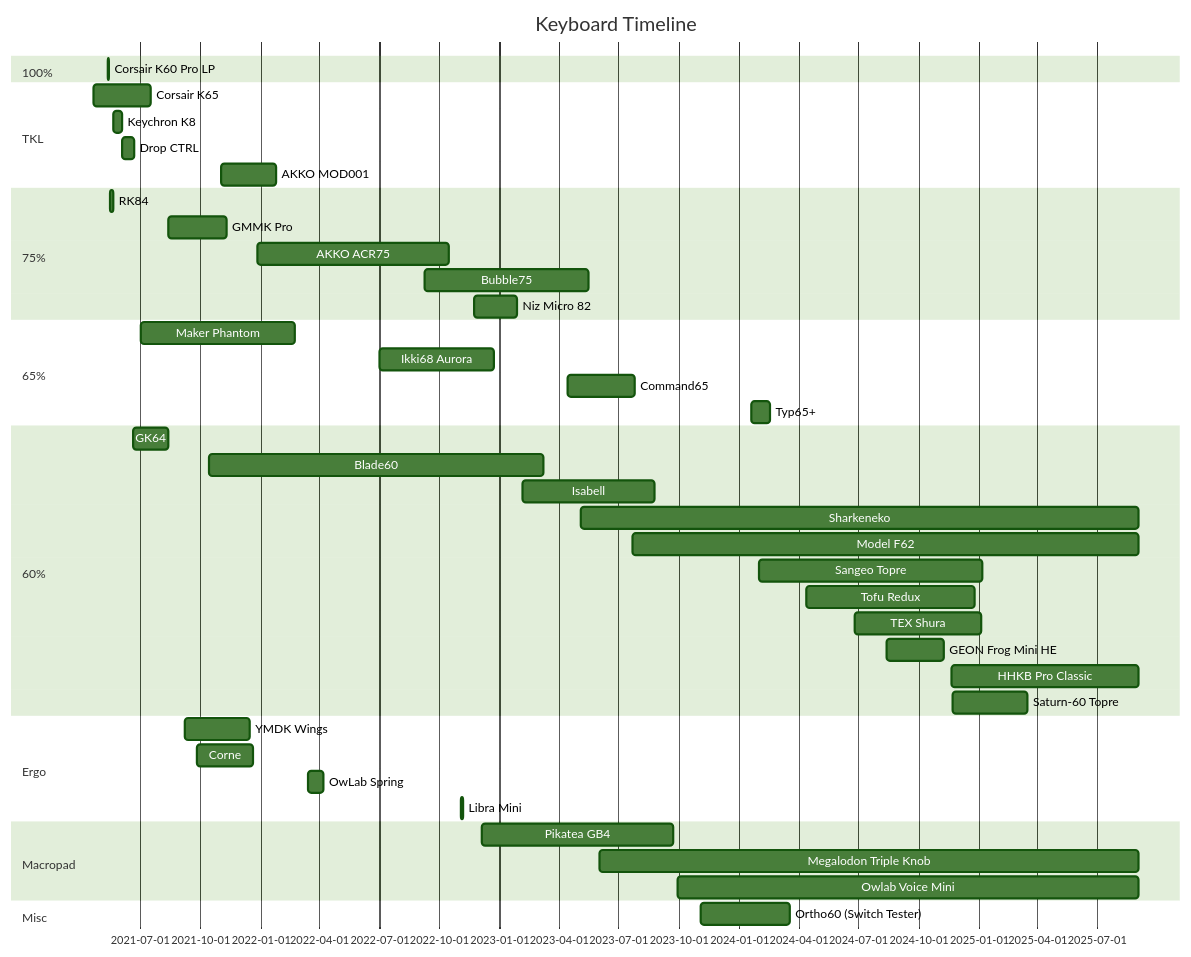
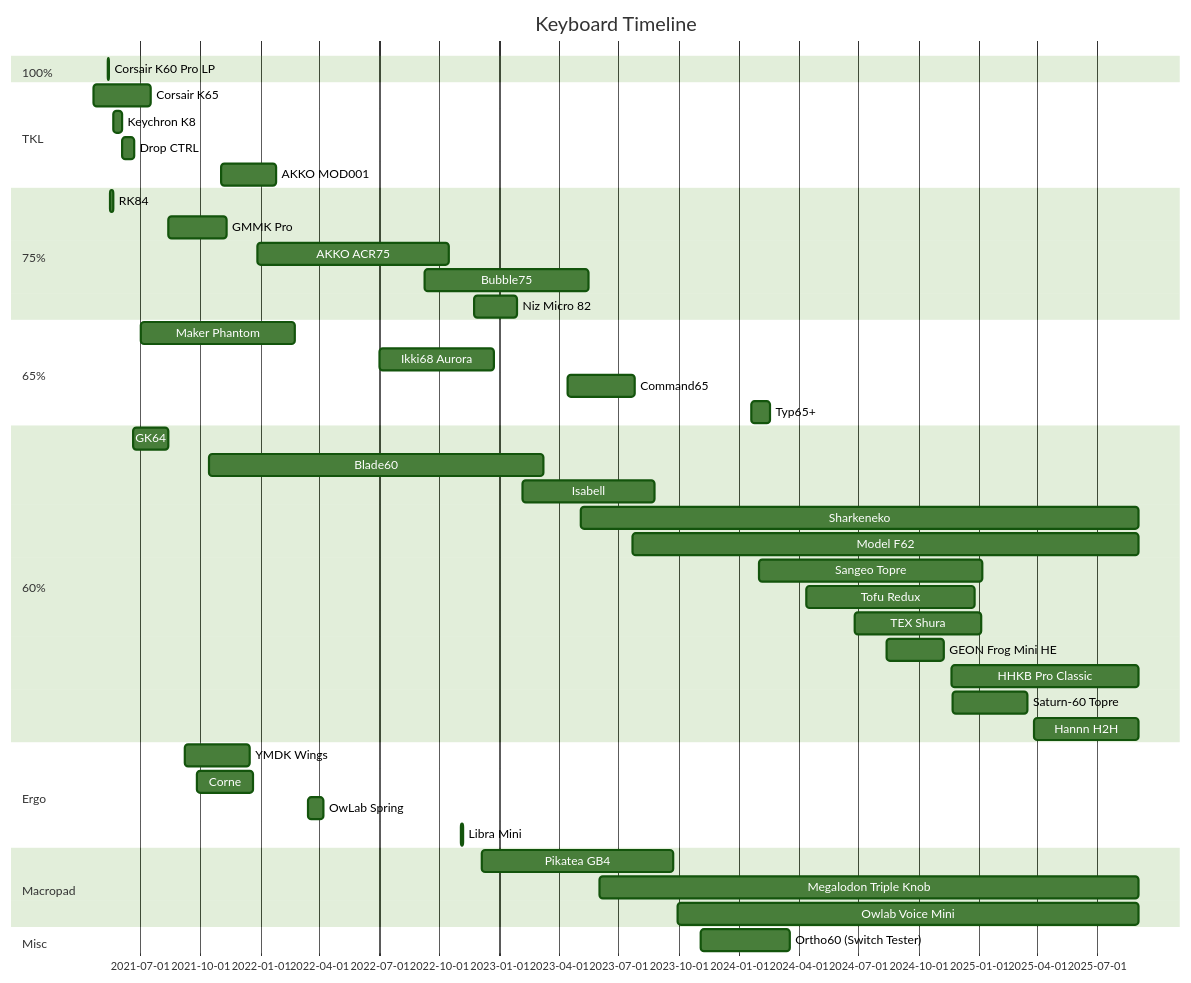
One commit to d-floe/quartz changed the diagram in content/keyboard-index.md. Above: the diagram before and after it, drawn with Mermaid (forest theme).

Commit message:
vault backup: 2025-09-02 19:45:08

````diff
--- a/content/keyboard-index.md
+++ b/content/keyboard-index.md
@@ -6,56 +6,57 @@
 ```mermaid
 gantt
         title Keyboard Timeline
         dateFormat  MMMM Do YYYY
         todayMarker off
 
         section 100%
         Corsair K60 Pro LP:a2, May 12th 2021,May 15th 2021
 
         section TKL
         Corsair K65:a1, April 21st 2021,July 17th 2021
         Keychron K8:a4, May 22nd 2021,June 4th 2021
         Drop CTRL:a5, June 3rd 2021,June 22nd 2021
         AKKO MOD001:a12, November 1st 2021,January 25th 2022
 
         section 75%
         RK84:a3, May 16th 2021,May 21st 2021
         GMMK Pro:a8, August 14th 2021,November 10th 2021
 
         AKKO ACR75:a13, December 27th 2021,October 15th 2022
         Bubble75:a16, September 9th 2022,May 16th 2023
         Niz Micro 82:a18, November 23rd 2022,January 28th 2023
 
         section 65%
         Maker Phantom:a7, July 2nd 2021,February 23rd 2022
         Ikki68 Aurora:a15, July 2nd 2022,December 23rd 2022
         Command65:a20, April 14th 2023,July 26th 2023
         Typ65+:a23, January 20th 2024,February 17th 2024
 
         section 60%
         GK64:a6, June 20th 2021,August 13th 2021
         Blade60:a11, October 15th 2021,March 9th 2023
         Isabell:a19, February 4th 2023,August 25th 2023
         Sharkeneko:a21, May 4th 2023,September 2nd 2025
         Model F62:a22, July 22nd 2023,September 2nd 2025
         Sangeo Topre:a26,February 1st 2024,January 7th 2025
         Tofu Redux:a27,April 13th 2024,December 26th 2024
         TEX Shura:a28,June 25th 2024,January 5th 2025
         GEON Frog Mini HE:a29,August 14th 2024,November 9th 2024
         HHKB Pro Classic:a30,November 20th 2024,September 2nd 2025
         Saturn-60 Topre:a31,November 23rd 2024,March 16th 2025
+        Hannn H2H:a32,March 27th 2025,September 2nd 2025
 
 		section Ergo
         YMDK Wings:a9, September 7th 2021,December 16th 2021
 		Corne:a10, September 25th 2021,December 21st 2021
 		OwLab Spring:a14, March 14th 2022,April 7th 2022
 		Libra Mini:a17, November 3rd 2022,November 6th 2022
 
 		section Macropad
 		Pikatea GB4:apk, December 5th 2022,September 23rd 2023
 		Megalodon Triple Knob:atk, June 3rd 2023,September 2nd 2025
 		Owlab Voice Mini:avm, September 29th 2023,September 2nd 2025
 
 		section Misc
 		Ortho60 (Switch Tester):ost, November 4th 2023,March 18th 2024
 ```
````
